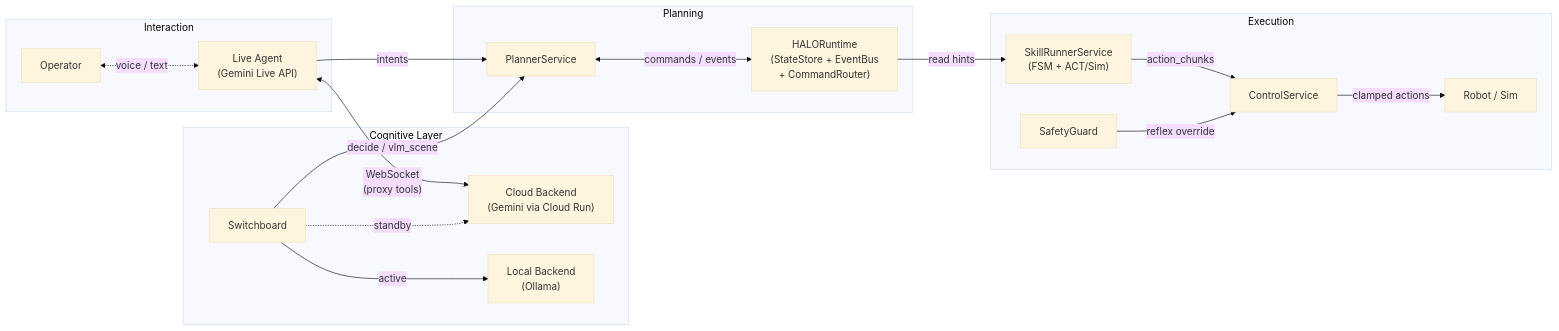
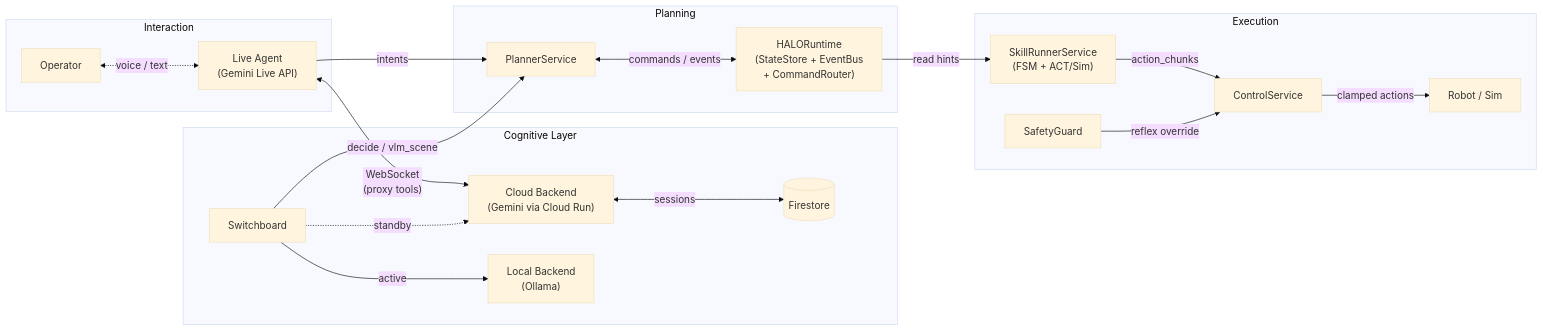
Before and after one commit to andrei-ace/HALO: the diagram in README.md, drawn with Mermaid (base theme). The commit also changed 1 other file, not shown here.

Commit message:
docs: add Firestore to architecture diagrams, clarify monitor() and interrupted event
Add Firestore session persistence node to mermaid diagrams in both
README and architecture doc. Reference ADK streaming tools docs for
monitor() tool, clarify interrupted event uses LlmResponse.interrupted.

````diff
--- a/README.md
+++ b/README.md
@@ -25,25 +25,26 @@
 ```mermaid
 graph LR
     subgraph Interaction
         Op["Operator"] <-.->|voice / text| LA["Live Agent<br/>(Gemini Live API)"]
     end
 
     subgraph Cognitive["Cognitive Layer"]
         LA <-->|"WebSocket<br/>(proxy tools)"| CLOUD["Cloud Backend<br/>(Gemini via Cloud Run)"]
+        CLOUD <-->|sessions| FS[("Firestore")]
         SB["Switchboard"] -->|active| LOCAL["Local Backend<br/>(Ollama)"]
         SB -.->|standby| CLOUD
     end
 
     subgraph Planning
         SB -->|"decide / vlm_scene"| PS["PlannerService"]
         LA -->|intents| PS
         PS <-->|commands / events| RT["HALORuntime<br/>(StateStore + EventBus<br/>+ CommandRouter)"]
     end
 
     subgraph Execution
         RT -->|read hints| SRS["SkillRunnerService<br/>(FSM + ACT/Sim)"]
         SRS -->|action_chunks| CS["ControlService"]
         SG["SafetyGuard"] -->|reflex override| CS
         CS -->|clamped actions| Robot["Robot / Sim"]
     end
 ```
````
